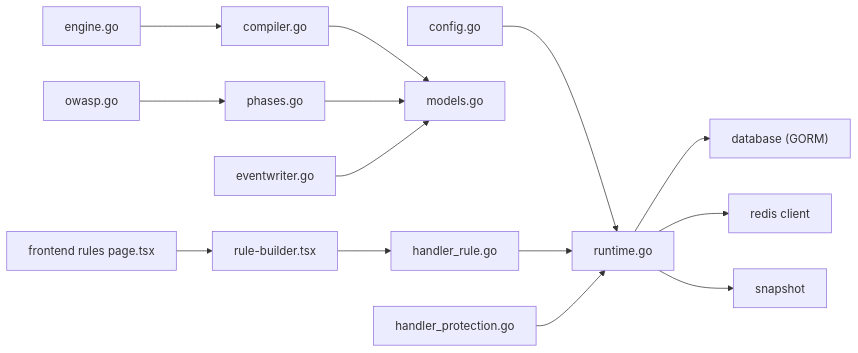
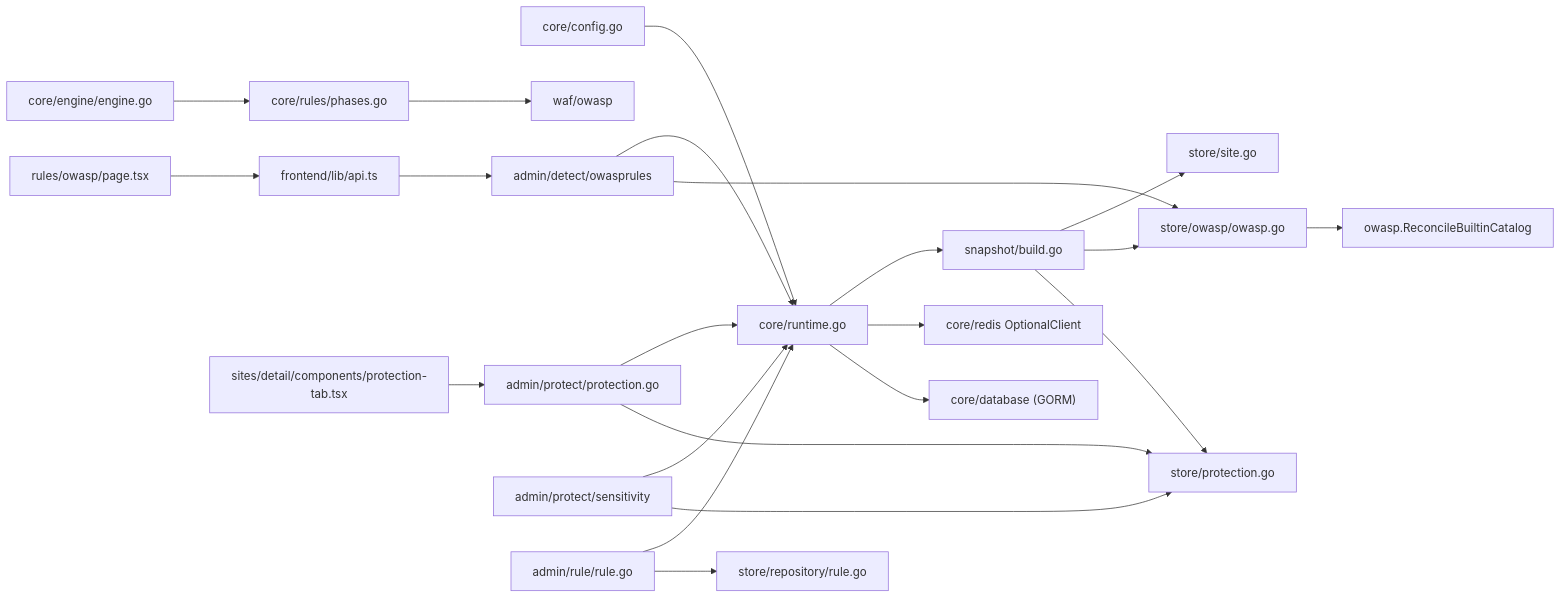
One commit to x01n/My-OpenWaf changed the ninth of 9 diagrams in docs/安全防护功能/OWASP 检测/配置与管理.md. Above: the diagram before and after it, drawn with Mermaid. The commit also changed other lines of this file and 622 other files, not shown here.

````diff
--- a/docs/安全防护功能/OWASP 检测/配置与管理.md
+++ b/docs/安全防护功能/OWASP 检测/配置与管理.md
@@ -353,16 +562,24 @@
 ```mermaid
 graph LR
-CFG["config.go"] --> RT["runtime.go"]
-RT --> DB["database (GORM)"]
-RT --> RC["redis client"]
-RT --> SNAP["snapshot"]
-CMP["compiler.go"] --> MODELS["models.go"]
-PH["phases.go"] --> MODELS
-ENG["engine.go"] --> CMP
-OW["owasp.go"] --> PH
-HR["handler_rule.go"] --> RT
-HP["handler_protection.go"] --> RT
-FE["frontend rules page.tsx"] --> RB["rule-builder.tsx"]
-RB --> HR
-EW["eventwriter.go"] --> MODELS
+CFG["core/config.go"] --> RT["core/runtime.go"]
+RT --> DB["core/database (GORM)"]
+RT --> RC["core/redis OptionalClient"]
+RT --> SNAP["snapshot/build.go"]
+SNAP --> MOD["store/protection.go"]
+SNAP --> CAT["store/owasp/owasp.go"]
+SNAP --> SITE["store/site.go"]
+CAT --> RECON["owasp.ReconcileBuiltinCatalog"]
+PH["core/rules/phases.go"] --> DET["waf/owasp"]
+ENG["core/engine/engine.go"] --> PH
+OR["admin/detect/owasprules"] --> CAT
+OR --> RT
+HP["admin/protect/protection.go"] --> MOD
+HP --> RT
+SEN["admin/protect/sensitivity"] --> MOD
+SEN --> RT
+HR["admin/rule/rule.go"] --> RREP["store/repository/rule.go"]
+HR --> RT
+FE["rules/owasp/page.tsx"] --> LIB["frontend/lib/api.ts"]
+LIB --> OR
+PT["sites/detail/components/protection-tab.tsx"] --> HP
 ```
````
